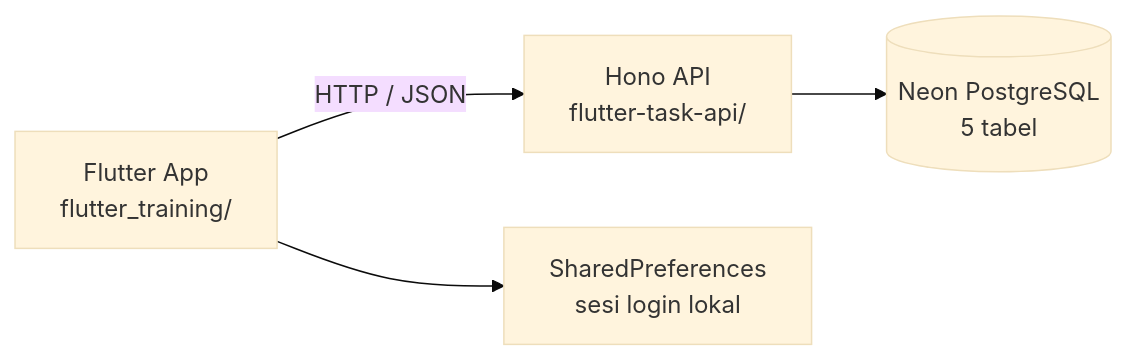
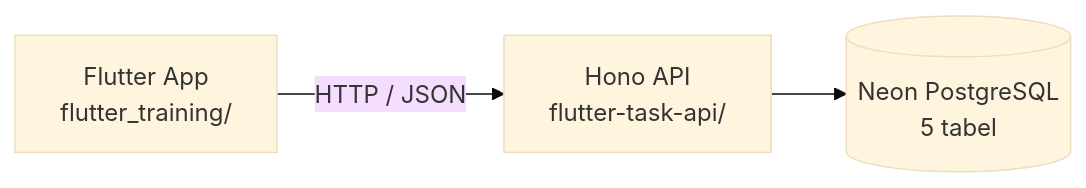
One commit to indraAsLesmana/next-training-flutter changed the second of 3 diagrams in docs/planning.md. Above: the diagram before and after it, drawn with Mermaid (base theme).

Commit message:
docs: fix arsitektur mermaid diagram (use <br> for line breaks, drop empty node)

````diff
--- a/docs/planning.md
+++ b/docs/planning.md
@@ -34,6 +34,5 @@
 ```{mermaid}
 flowchart LR
-    F[Flutter App<br/>flutter_training/] -->|HTTP / JSON| A[Hono API<br/>flutter-task-api/]
-    A --> D[(Neon PostgreSQL<br/>5 tabel)]
-    F --> S[SharedPreferences<br/>sesi login lokal]
+    F["Flutter App<br>flutter_training/"] -->|"HTTP / JSON"| A["Hono API<br>flutter-task-api/"]
+    A --> D[("Neon PostgreSQL<br>5 tabel")]
 ```
````
